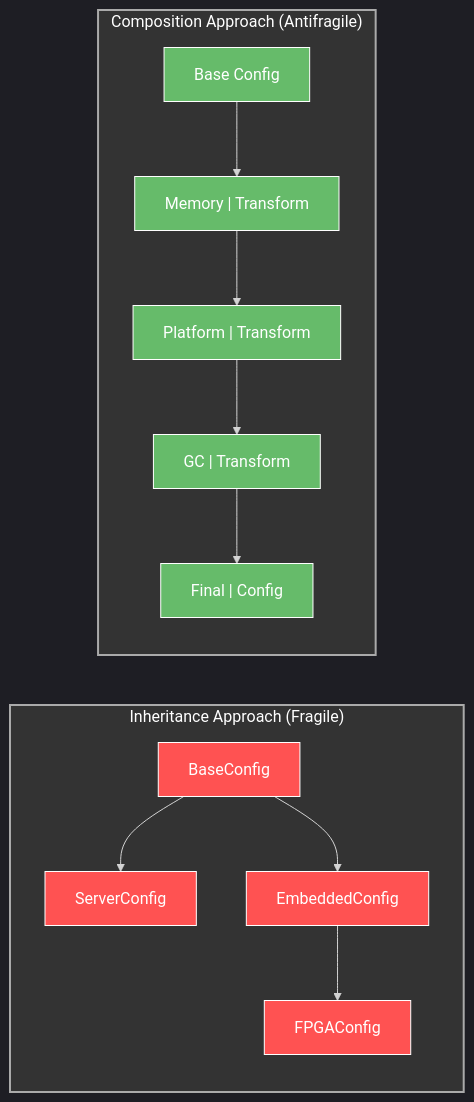
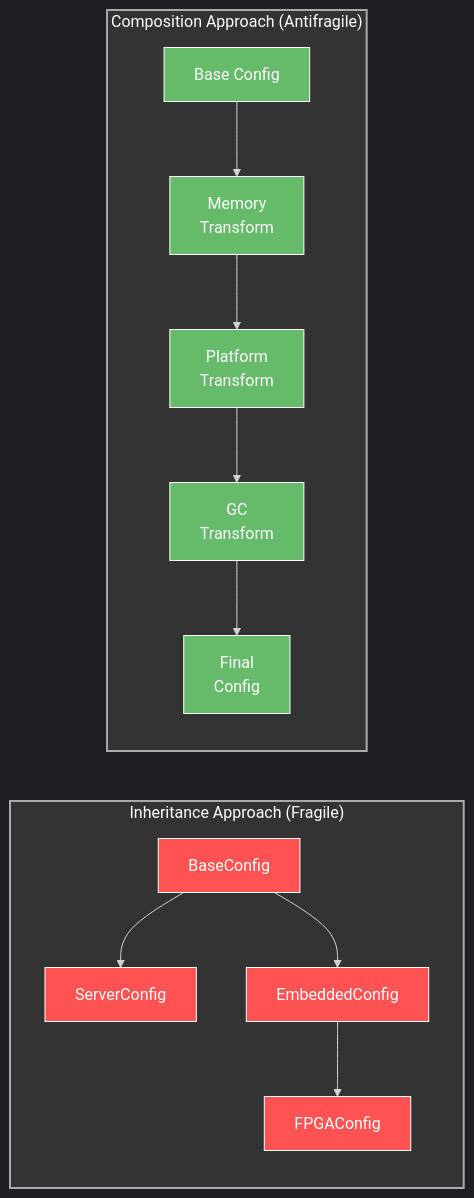
Before and after one commit to houstonhaynes/AD4SDocs: the third of 12 diagrams in 06 Fidelity framework Beyond Resilience.md, drawn with Mermaid. The commit also changed other lines of this file and 5 other files, not shown here.

Commit message:
fix mermaid part two

````diff
--- a/06 Fidelity framework Beyond Resilience.md
+++ b/06 Fidelity framework Beyond Resilience.md
@@ -155,39 +155,39 @@
 ```mermaid
 %%{init: {'theme': 'dark', 'themeVariables': { 'primaryColor': '#242424', 'primaryTextColor': '#fff', 'primaryBorderColor': '#888', 'lineColor': '#d3d3d3', 'secondaryColor': '#2b2b2b', 'tertiaryColor': '#333' }}}%%
 flowchart LR
     subgraph Inheritance["Inheritance Approach (Fragile)"]
         BaseClass["BaseConfig"]
         ServerClass["ServerConfig"]
         EmbeddedClass["EmbeddedConfig"]
         FPGAClass["FPGAConfig"]
         
         BaseClass --> ServerClass
         BaseClass --> EmbeddedClass
         EmbeddedClass --> FPGAClass
     end
     
     subgraph Composition["Composition Approach (Antifragile)"]
         Base["Base Config"]
-        Transform1["Memory | Transform"]
-        Transform2["Platform | Transform"]
-        Transform3["GC | Transform"]
-        NewConfig["Final | Config"]
+        Transform1["Memory<br>Transform"]
+        Transform2["Platform<br>Transform"]
+        Transform3["GC<br>Transform"]
+        NewConfig["Final<br>Config"]
         
         Base --> Transform1
         Transform1 --> Transform2
         Transform2 --> Transform3
         Transform3 --> NewConfig
     end
     
     style Inheritance fill:#333,stroke:#aaa,stroke-width:2px,color:#fff
     style Composition fill:#333,stroke:#aaa,stroke-width:2px,color:#fff
     style BaseClass fill:#FF5252,stroke:#fff,stroke-width:1px,color:#fff
     style ServerClass fill:#FF5252,stroke:#fff,stroke-width:1px,color:#fff
     style EmbeddedClass fill:#FF5252,stroke:#fff,stroke-width:1px,color:#fff
     style FPGAClass fill:#FF5252,stroke:#fff,stroke-width:1px,color:#fff
     style Base fill:#66BB6A,stroke:#fff,stroke-width:1px,color:#fff
     style Transform1 fill:#66BB6A,stroke:#fff,stroke-width:1px,color:#fff
     style Transform2 fill:#66BB6A,stroke:#fff,stroke-width:1px,color:#fff
     style Transform3 fill:#66BB6A,stroke:#fff,stroke-width:1px,color:#fff
     style NewConfig fill:#66BB6A,stroke:#fff,stroke-width:1px,color:#fff
 ```
````
